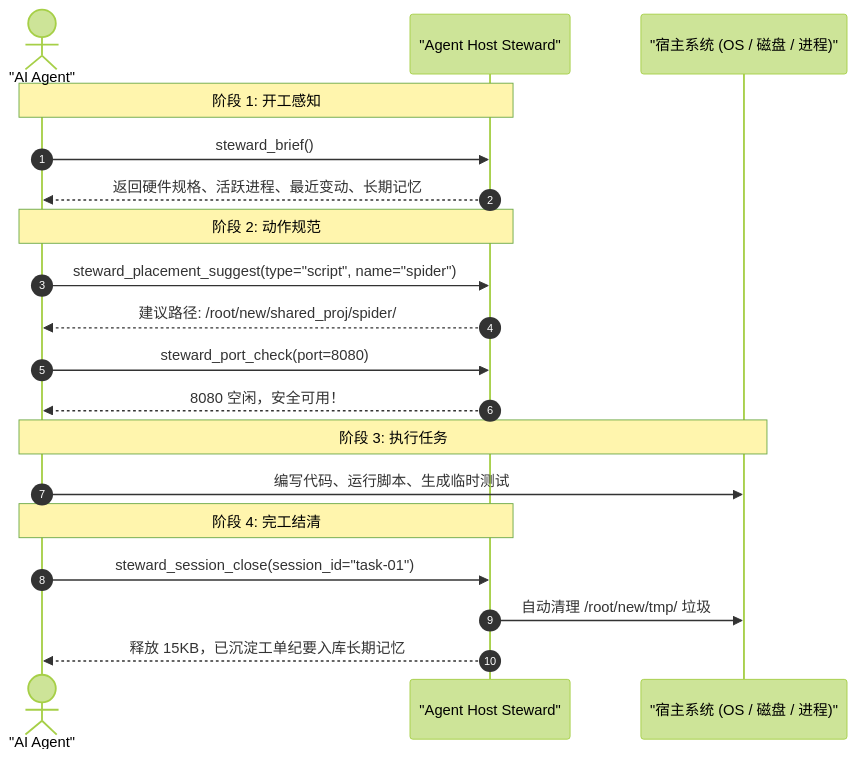
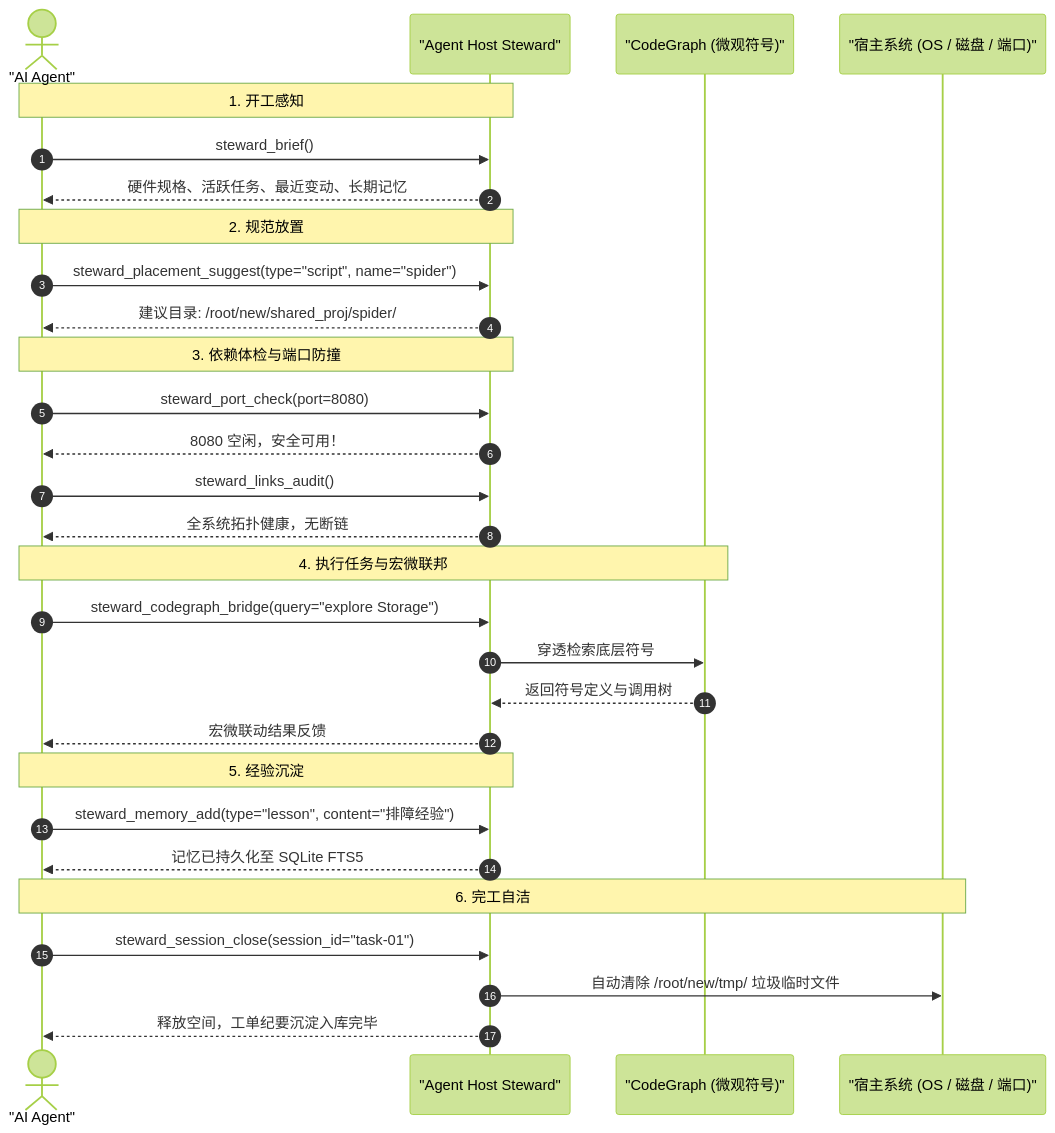
One commit to digoal/agent-body changed the diagram in skills/agent-steward-guide/SKILL.md. Above: the diagram before and after it, drawn with Mermaid (forest theme). The commit also changed other lines of this file and 2 other files, not shown here.

Commit message:
docs(skills): 全面刷新三套内置技能，对齐图智能、CodeGraph 宏微联邦与 18 个 MCP 工具

````diff
--- a/skills/agent-steward-guide/SKILL.md
+++ b/skills/agent-steward-guide/SKILL.md
@@ -216,25 +238,37 @@
 ```mermaid
 sequenceDiagram
     autonumber
     actor Agent as "AI Agent"
     participant S as "Agent Host Steward"
-    participant Host as "宿主系统 (OS / 磁盘 / 进程)"
+    participant CG as "CodeGraph (微观符号)"
+    participant Host as "宿主系统 (OS / 磁盘 / 端口)"
 
-    Note over Agent, S: 阶段 1: 开工感知
+    Note over Agent, S: 1. 开工感知
     Agent->>S: steward_brief()
-    S-->>Agent: 返回硬件规格、活跃进程、最近变动、长期记忆
+    S-->>Agent: 硬件规格、活跃任务、最近变动、长期记忆
 
-    Note over Agent, S: 阶段 2: 动作规范
+    Note over Agent, S: 2. 规范放置
     Agent->>S: steward_placement_suggest(type="script", name="spider")
-    S-->>Agent: 建议路径: /root/new/shared_proj/spider/
+    S-->>Agent: 建议目录: /root/new/shared_proj/spider/
+
+    Note over Agent, S: 3. 依赖体检与端口防撞
     Agent->>S: steward_port_check(port=8080)
     S-->>Agent: 8080 空闲，安全可用！
+    Agent->>S: steward_links_audit()
+    S-->>Agent: 全系统拓扑健康，无断链
 
-    Note over Agent, Host: 阶段 3: 执行任务
-    Agent->>Host: 编写代码、运行脚本、生成临时测试
+    Note over Agent, CG: 4. 执行任务与宏微联邦
+    Agent->>S: steward_codegraph_bridge(query="explore Storage")
+    S->>CG: 穿透检索底层符号
+    CG-->>S: 返回符号定义与调用树
+    S-->>Agent: 宏微联动结果反馈
 
-    Note over Agent, S: 阶段 4: 完工结清
+    Note over Agent, S: 5. 经验沉淀
+    Agent->>S: steward_memory_add(type="lesson", content="排障经验")
+    S-->>Agent: 记忆已持久化至 SQLite FTS5
+
+    Note over Agent, Host: 6. 完工自洁
     Agent->>S: steward_session_close(session_id="task-01")
-    S->>Host: 自动清理 /root/new/tmp/ 垃圾
-    S-->>Agent: 释放 15KB，已沉淀工单纪要入库长期记忆
+    S->>Host: 自动清除 /root/new/tmp/ 垃圾临时文件
+    S-->>Agent: 释放空间，工单纪要沉淀入库完毕
 ```
````
